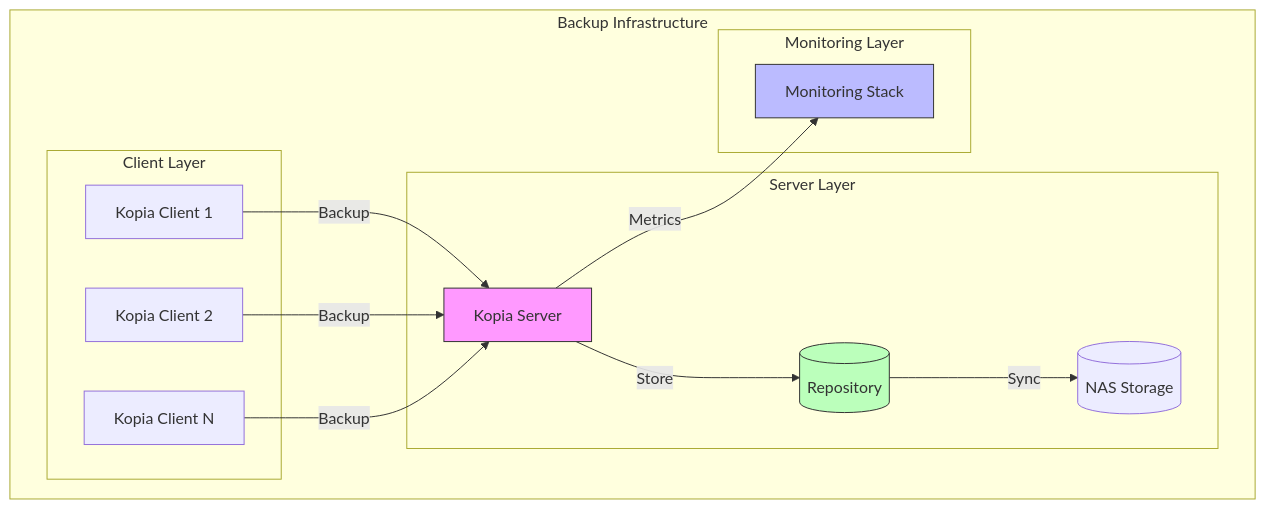
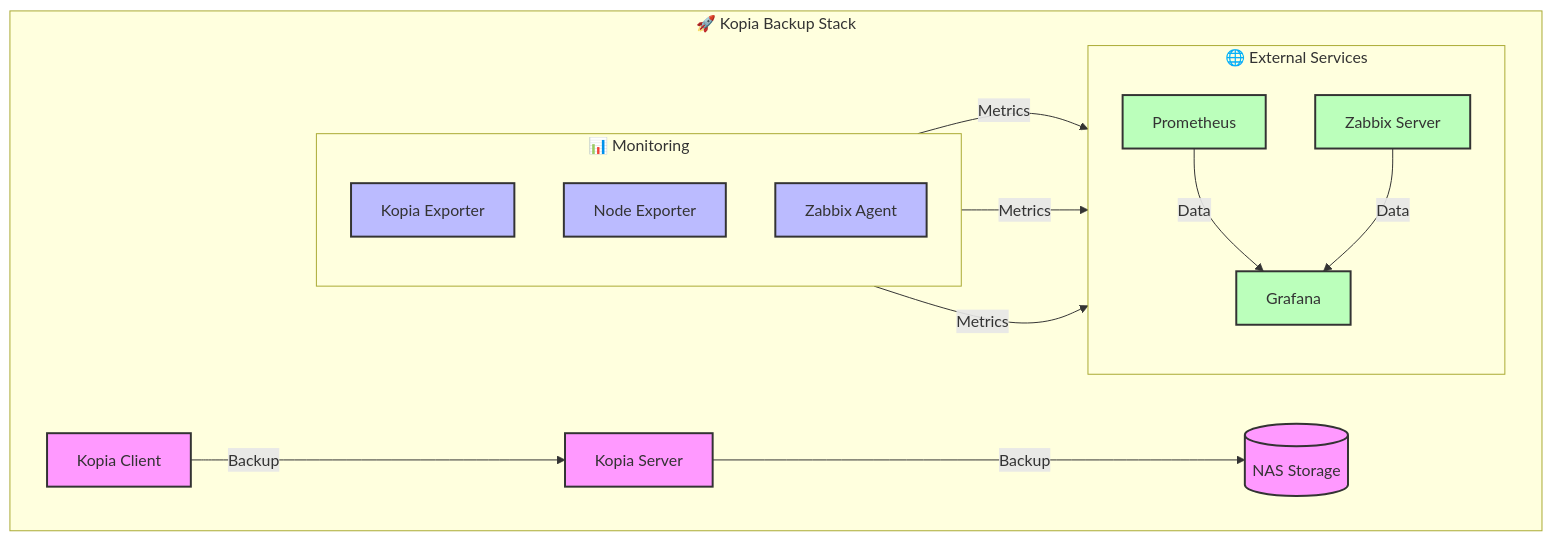
Before and after one commit to eblet/kopia-backup-run: the first of 2 diagrams in README.md, drawn with Mermaid. The commit also changed other lines of this file and 2 other files, not shown here.

Commit message:
upd graphs

````diff
--- a/README.md
+++ b/README.md
@@ -12,29 +15,38 @@
 ```mermaid
 graph TB
-    subgraph "Backup Infrastructure"
-        subgraph "Client Layer"
-            C1[Kopia Client 1]
-            C2[Kopia Client 2]
-            C3[Kopia Client N]
+    subgraph "🚀 Kopia Backup Stack"
+        KS[Kopia Server]
+        KC[Kopia Client]
+        NAS[(NAS Storage)]
+        
+        subgraph "📊 Monitoring"
+            KE[Kopia Exporter]
+            NE[Node Exporter]
+            ZA[Zabbix Agent]
+            direction TB
         end
-
-        subgraph "Server Layer"
-            KS[Kopia Server]
-            R[(Repository)]
-            N[(NAS Storage)]
-        end
-
-        subgraph "Monitoring Layer"
-            M[Monitoring Stack]
+        
+        subgraph "🌐 External Services"
+            G[Grafana]
+            Z[Zabbix Server]
+            P[Prometheus]
+            direction TB
         end
     end
+    
+    KS -->|Backup| NAS
+    KC -->|Backup| KS
+    KE -->|Metrics| P
+    NE -->|Metrics| P
+    ZA -->|Metrics| Z
+    P -->|Data| G
+    Z -->|Data| G
 
-    C1 & C2 & C3 -->|Backup| KS
-    KS -->|Store| R
-    R -->|Sync| N
-    KS -->|Metrics| M
-
-    style KS fill:#f9f,stroke:#333
-    style M fill:#bbf,stroke:#333
-    style R fill:#bfb,stroke:#333
+    classDef default fill:#f9f,stroke:#333,stroke-width:2px;
+    classDef monitoring fill:#bbf,stroke:#333,stroke-width:2px;
+    classDef external fill:#bfb,stroke:#333,stroke-width:2px;
+    
+    class KS,KC default;
+    class KE,NE,ZA monitoring;
+    class G,Z,P external;
 ```
````
